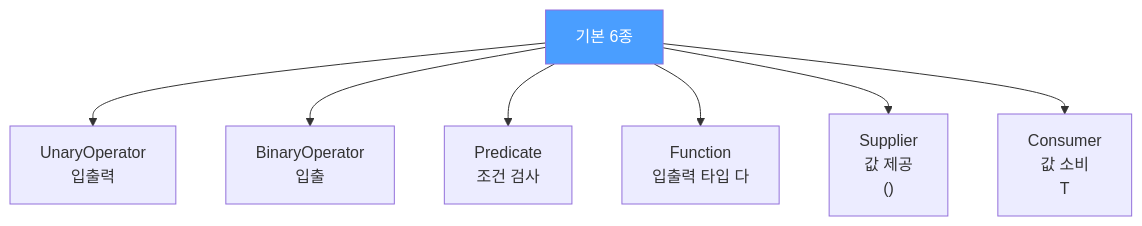
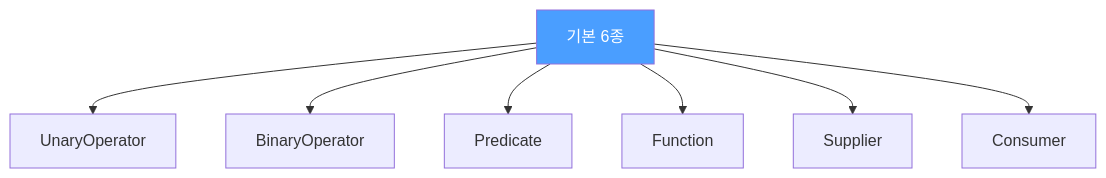
The first of 2 diagrams in _posts/java/2022-01-18-effective-java44.md (yjkim2015/yjkim2015.github.io), drawn with Mermaid before and after one commit. The commit also changed other lines of this file and 217 other files, not shown here.

First line of the commit message:
Mermaid 크기 수정: useMaxWidth:true + SVG max-width:100% + 라벨 축소

````diff
--- a/_posts/java/2022-01-18-effective-java44.md
+++ b/_posts/java/2022-01-18-effective-java44.md
@@ -56,10 +56,10 @@
 ```mermaid
 graph TD
-    A["기본 6종"] --> B["UnaryOperator\n입출력"]
-    A --> C["BinaryOperator\n입출"]
-    A --> D["Predicate\n조건 검사\n"]
-    A --> E["Function\n입출력 타입 다"]
-    A --> F["Supplier\n값 제공\n()"]
-    A --> G["Consumer\n값 소비\nT"]
+    A["기본 6종"] --> B["UnaryOperator"]
+    A --> C["BinaryOperator"]
+    A --> D["Predicate"]
+    A --> E["Function"]
+    A --> F["Supplier"]
+    A --> G["Consumer"]
     style A fill:#4a9eff,color:#fff
 ```
````
